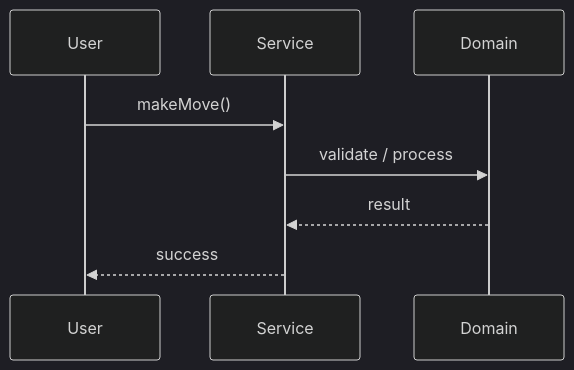
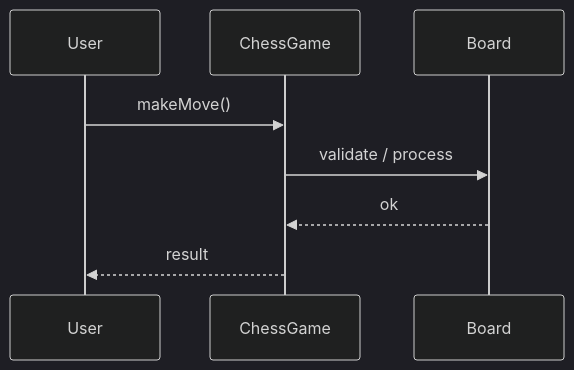
Before and after one commit to madhupaila/Interview-Prep-SSE: the second of 3 diagrams in Learn/System Design - Low Level Design/02-classic-ood/questions/Q06-chess.md, drawn with Mermaid (dark theme). The commit also changed other lines of this file and 491 other files, not shown here.

````diff
--- a/Learn/System Design - Low Level Design/02-classic-ood/questions/Q06-chess.md
+++ b/Learn/System Design - Low Level Design/02-classic-ood/questions/Q06-chess.md
@@ -122,10 +154,10 @@
 ```mermaid
 sequenceDiagram
-    participant U as User
-    participant S as Service
-    participant D as Domain
-    U->>S: makeMove()
-    S->>D: validate / process
-    D-->>S: result
-    S-->>U: success
+participant U as User
+participant S as ChessGame
+participant D as Board
+U->>S: makeMove()
+S->>D: validate / process
+D-->>S: ok
+S-->>U: result
 ```
````
